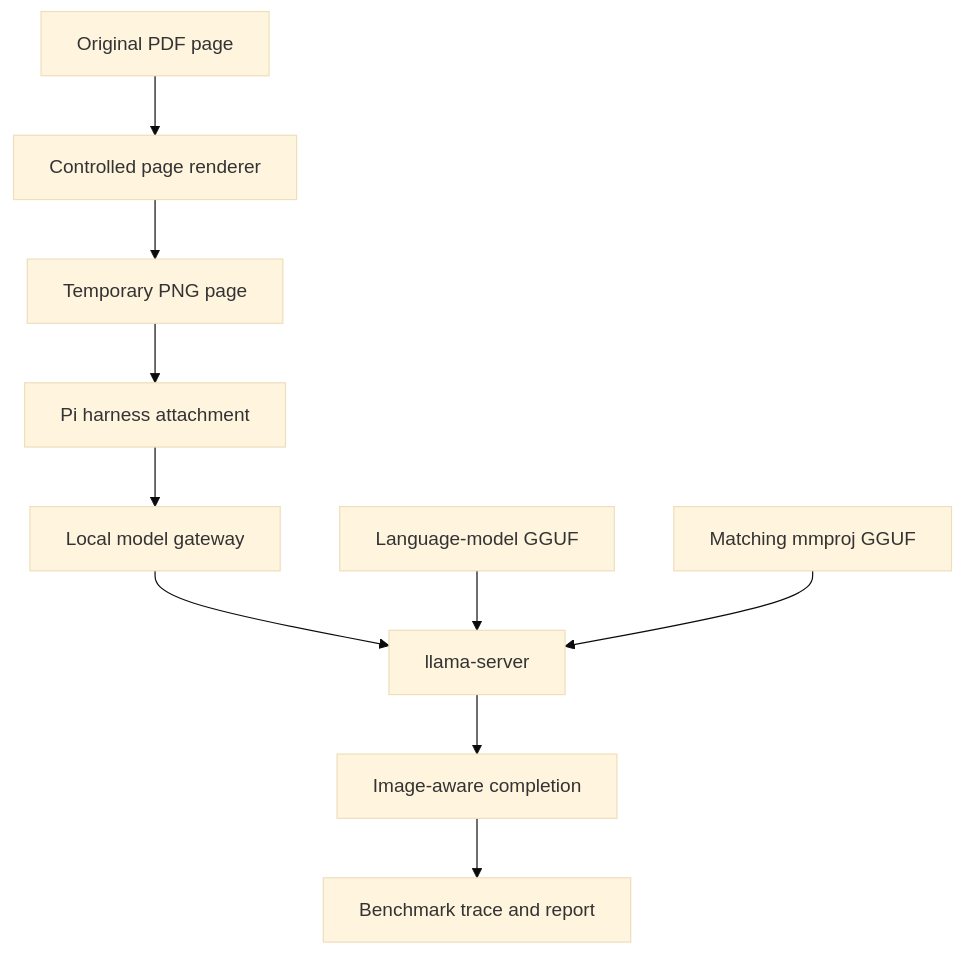
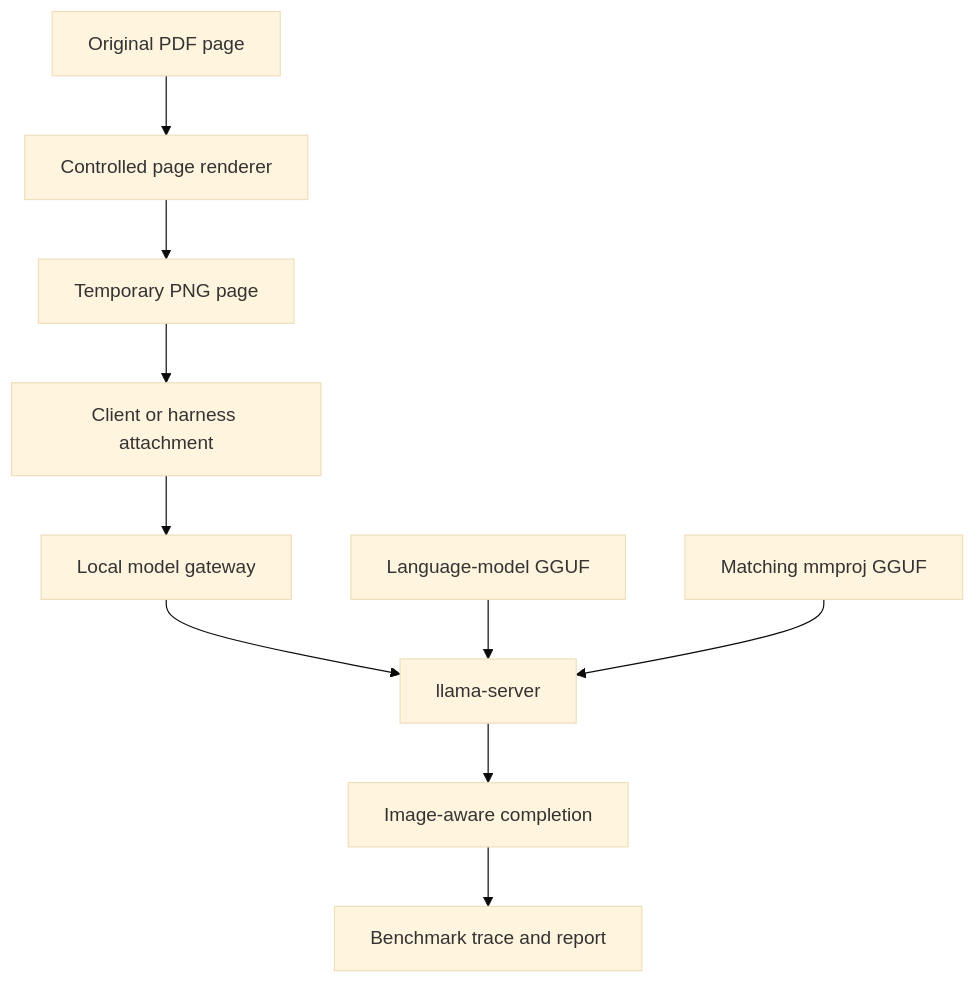
One commit to starodubtsevconsulting/ai-fleas changed the diagram in ai-commands/install/ai-local-provider/multimodal-serving.md. Above: the diagram before and after it, drawn with Mermaid (base theme). The commit also changed other lines of this file and 2 other files, not shown here.

Commit message:
feat: diagnose gateway ownership before provisioning

````diff
--- a/ai-commands/install/ai-local-provider/multimodal-serving.md
+++ b/ai-commands/install/ai-local-provider/multimodal-serving.md
@@ -7,12 +7,12 @@
 ```mermaid
 flowchart TD
     PDF[Original PDF page] --> Render[Controlled page renderer]
     Render --> PNG[Temporary PNG page]
-    PNG --> Pi[Pi harness attachment]
-    Pi --> Gateway[Local model gateway]
+    PNG --> Harness[Client or harness attachment]
+    Harness --> Gateway[Local model gateway]
     Gateway --> Server[llama-server]
     Model[Language-model GGUF] --> Server
     Projector[Matching mmproj GGUF] --> Server
     Server --> Vision[Image-aware completion]
     Vision --> Trace[Benchmark trace and report]
 ```
````
